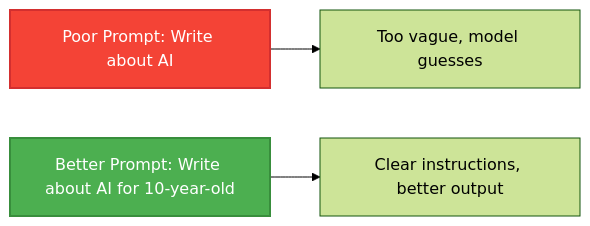
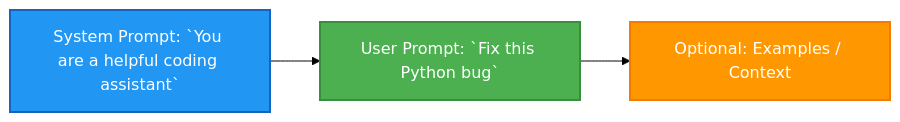
One commit to Parv17k/llm-fine-tuning-guide changed the tenth of 12 diagrams in content/00-neural-networks-basics/00-neural-networks-basics.md. Above: the diagram before and after it, drawn with Mermaid (forest theme). The commit also changed other lines of this file and 3 other files, not shown here.

````diff
--- a/content/00-neural-networks-basics/00-neural-networks-basics.md
+++ b/content/00-neural-networks-basics/00-neural-networks-basics.md
@@ -187,8 +362,8 @@
 ```mermaid
 flowchart LR
-    Poor[Poor Prompt: Write about AI] --> Vague[Too vague, model guesses]
-    Better[Better Prompt: Write about AI for 10-year-old] --> Clear[Clear instructions, better output]
+    System[System Prompt: `You are a helpful coding assistant`] --> User[User Prompt: `Fix this Python bug`] --> Context[Optional: Examples / Context]
     
-    style Poor fill:#f44336,stroke:#d32f2f,color:#ffffff,stroke-width:2px
-    style Better fill:#4caf50,stroke:#388e3c,color:#ffffff,stroke-width:2px
+    style System fill:#2196f3,stroke:#1565c0,color:#ffffff,stroke-width:2px
+    style User fill:#4caf50,stroke:#388e3c,color:#ffffff,stroke-width:2px
+    style Context fill:#ff9800,stroke:#f57c00,color:#ffffff,stroke-width:2px
 ```
````
